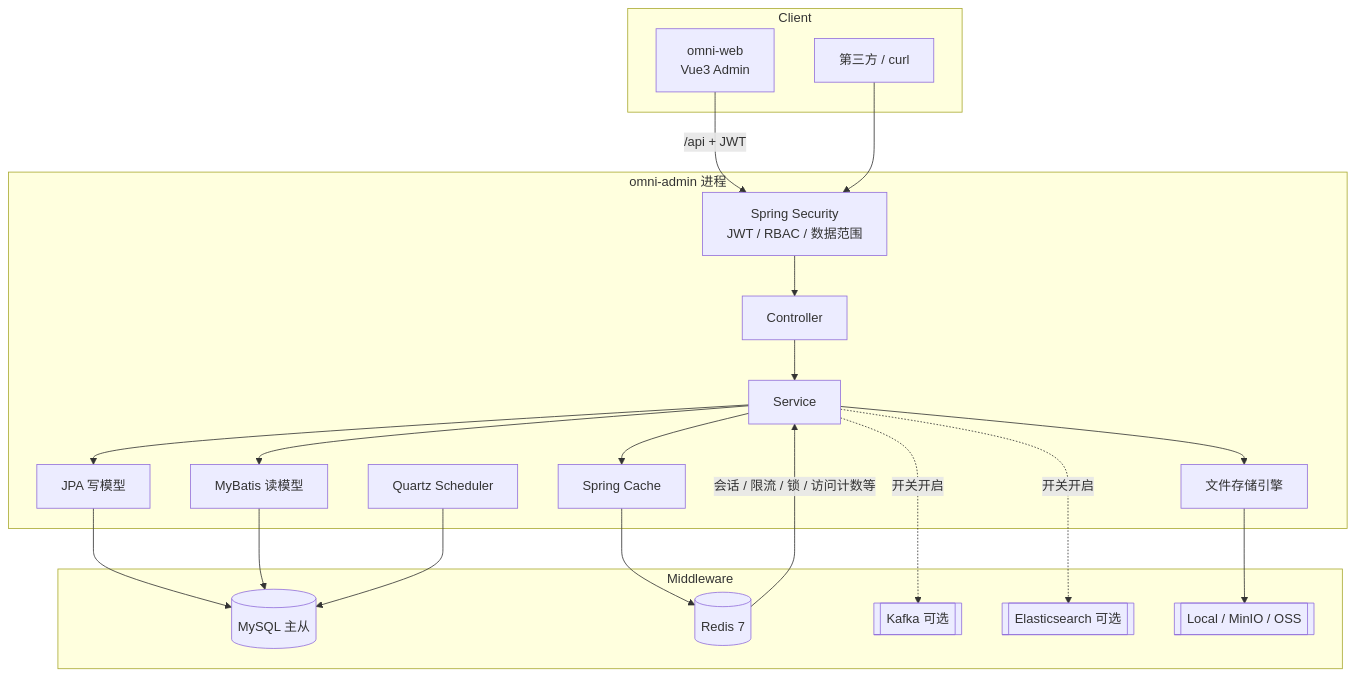
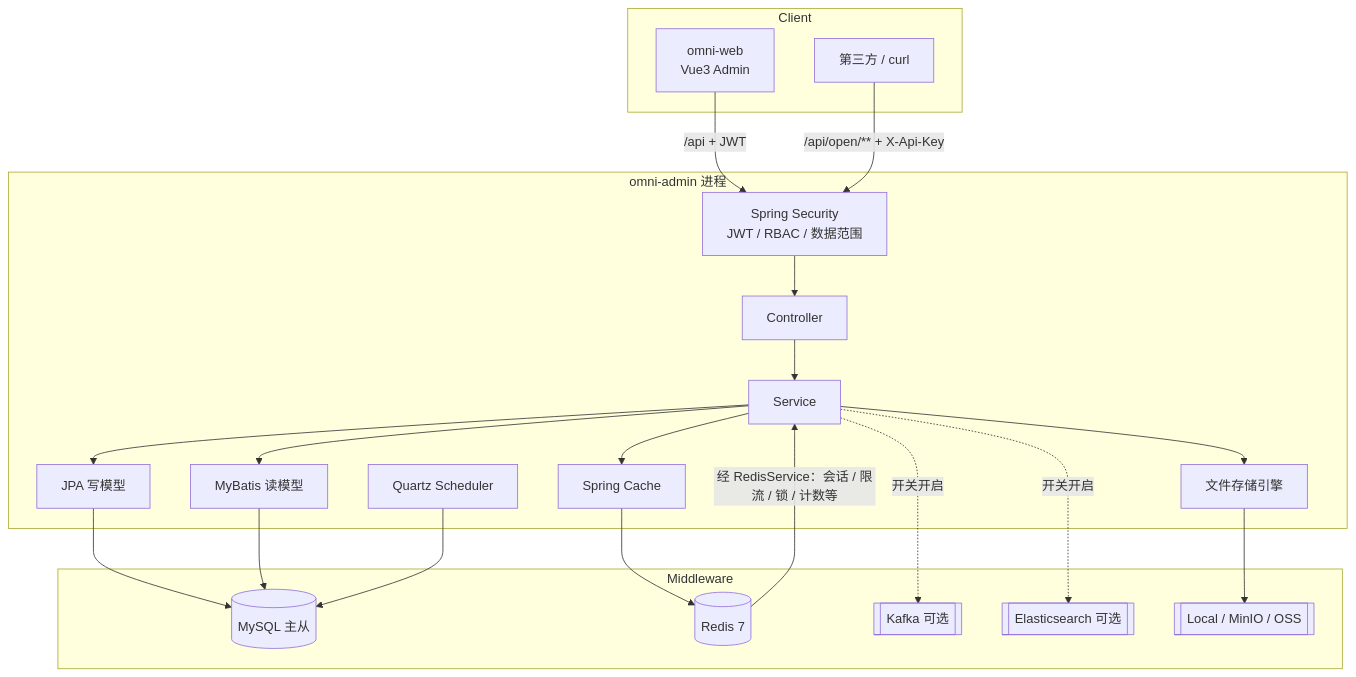
Before and after one commit to OmniSynth/omni-scaffolding: the diagram in README.md, drawn with Mermaid. The commit also changed other lines of this file and 55 other files, not shown here.

````diff
--- a/README.md
+++ b/README.md
@@ -69,42 +69,42 @@
 ```mermaid
 flowchart TB
   subgraph Client
     WEB[omni-web<br/>Vue3 Admin]
     API_CLIENT[第三方 / curl]
   end
 
   subgraph App["omni-admin 进程"]
     SEC[Spring Security<br/>JWT / RBAC / 数据范围]
     CTRL[Controller]
     SVC[Service]
     JPA[JPA 写模型]
     MB[MyBatis 读模型]
     QZ[Quartz Scheduler]
     CACHE[Spring Cache]
     FILE[文件存储引擎]
   end
 
   subgraph Middleware
     MYSQL[(MySQL 主从)]
     REDIS[(Redis 7)]
     KAFKA[[Kafka 可选]]
     ES[[Elasticsearch 可选]]
     STORE[[Local / MinIO / OSS]]
   end
 
   WEB -->|/api + JWT| SEC
-  API_CLIENT --> SEC
+  API_CLIENT -->|/api/open/** + X-Api-Key| SEC
   SEC --> CTRL --> SVC
   SVC --> JPA
   SVC --> MB
   SVC --> CACHE
   SVC --> FILE
   JPA --> MYSQL
   MB --> MYSQL
   CACHE --> REDIS
   QZ --> MYSQL
   FILE --> STORE
   SVC -.->|开关开启| KAFKA
   SVC -.->|开关开启| ES
-  REDIS -->|会话 / 限流 / 锁 / 访问计数等| SVC
+  REDIS -->|经 RedisService：会话 / 限流 / 锁 / 计数等| SVC
 ```
````
